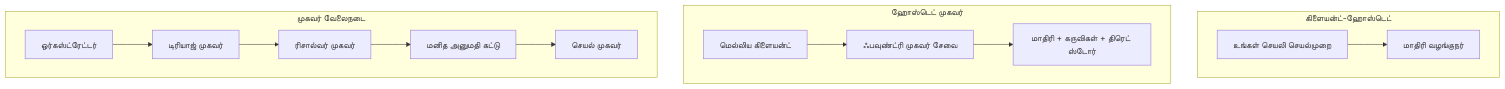
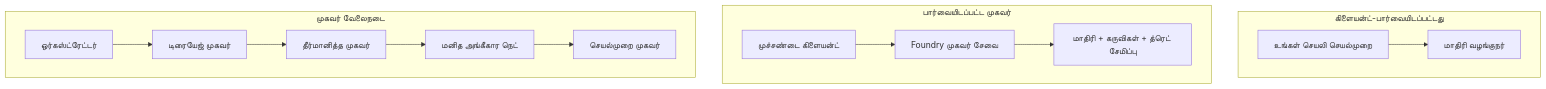
One commit to gabrielmoreira/agent-skills-mirror changed the first of 4 diagrams in mirrors/repos/microsoft@ai-agents-for-beginners/translations/ta/16-deploying-scalable-agents/README.md. Above: the diagram before and after it, drawn with Mermaid. The commit also changed other lines of this file and 4262 other files, not shown here.

````diff
--- a/mirrors/repos/microsoft@ai-agents-for-beginners/translations/ta/16-deploying-scalable-agents/README.md
+++ b/mirrors/repos/microsoft@ai-agents-for-beginners/translations/ta/16-deploying-scalable-agents/README.md
@@ -87,16 +87,16 @@
 ```mermaid
 flowchart TB
-    subgraph P1[கிளையன்ட்-ஹோஸ்டெட்]
+    subgraph P1[கிளையன்ட்-பார்வையிடப்பட்டது]
         A1[உங்கள் செயலி செயல்முறை] --> M1[மாதிரி வழங்குநர்]
     end
-    subgraph P2[ஹோஸ்டெட் முகவர்]
-        A2[மெல்லிய கிளையன்ட்] --> F2[ஃபவுண்ட்ரி முகவர் சேவை]
-        F2 --> M2[மாதிரி + கருவிகள் + திரெட் ஸ்டோர்]
+    subgraph P2[பார்வையிடப்பட்ட முகவர்]
+        A2[முச்சண்டை கிளையன்ட்] --> F2[Foundry முகவர் சேவை]
+        F2 --> M2[மாதிரி + கருவிகள் + த்ரெட் சேமிப்பு]
     end
     subgraph P3[முகவர் வேலைநடை]
-        A3[ஒர்கஸ்ட்ரேட்டர்] --> S1[டிரியாஜ் முகவர்]
-        S1 --> S2[ரிசால்வர் முகவர்]
-        S2 --> H[மனித அனுமதி கட்டு]
-        H --> S3[செயல் முகவர்]
+        A3[ஒர்கஸ்ட்ரேட்டர்] --> S1[டிரையேஜ் முகவர்]
+        S1 --> S2[தீர்மானித்த முகவர்]
+        S2 --> H[மனித அங்கீகார நெட்]
+        H --> S3[செயல்முறை முகவர்]
     end
 ```
````
